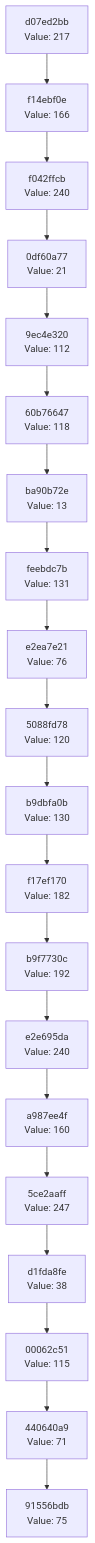
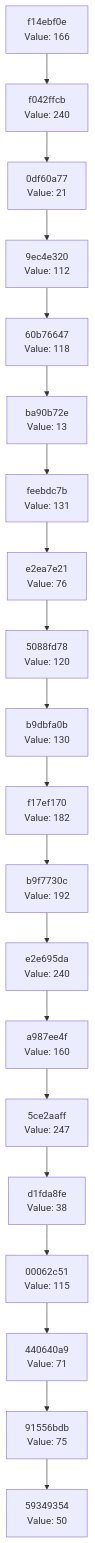
Before and after one commit to Abhisheksinha1506/hash-chain-evolver: the diagram in docs/CHAIN_VISUALIZATION.md, drawn with Mermaid. The commit also changed 3 other files, not shown here.

````diff
--- a/docs/CHAIN_VISUALIZATION.md
+++ b/docs/CHAIN_VISUALIZATION.md
@@ -3,42 +3,42 @@
 ```mermaid
 graph TD
-    C0["91556bdb<br/>Value: 75"]
-    C1["440640a9<br/>Value: 71"]
+    C0["59349354<br/>Value: 50"]
+    C1["91556bdb<br/>Value: 75"]
     C1 --> C0
-    C2["00062c51<br/>Value: 115"]
+    C2["440640a9<br/>Value: 71"]
     C2 --> C1
-    C3["d1fda8fe<br/>Value: 38"]
+    C3["00062c51<br/>Value: 115"]
     C3 --> C2
-    C4["5ce2aaff<br/>Value: 247"]
+    C4["d1fda8fe<br/>Value: 38"]
     C4 --> C3
-    C5["a987ee4f<br/>Value: 160"]
+    C5["5ce2aaff<br/>Value: 247"]
     C5 --> C4
-    C6["e2e695da<br/>Value: 240"]
+    C6["a987ee4f<br/>Value: 160"]
     C6 --> C5
-    C7["b9f7730c<br/>Value: 192"]
+    C7["e2e695da<br/>Value: 240"]
     C7 --> C6
-    C8["f17ef170<br/>Value: 182"]
+    C8["b9f7730c<br/>Value: 192"]
     C8 --> C7
-    C9["b9dbfa0b<br/>Value: 130"]
+    C9["f17ef170<br/>Value: 182"]
     C9 --> C8
-    C10["5088fd78<br/>Value: 120"]
+    C10["b9dbfa0b<br/>Value: 130"]
     C10 --> C9
-    C11["e2ea7e21<br/>Value: 76"]
+    C11["5088fd78<br/>Value: 120"]
     C11 --> C10
-    C12["feebdc7b<br/>Value: 131"]
+    C12["e2ea7e21<br/>Value: 76"]
     C12 --> C11
-    C13["ba90b72e<br/>Value: 13"]
+    C13["feebdc7b<br/>Value: 131"]
     C13 --> C12
-    C14["60b76647<br/>Value: 118"]
+    C14["ba90b72e<br/>Value: 13"]
     C14 --> C13
-    C15["9ec4e320<br/>Value: 112"]
+    C15["60b76647<br/>Value: 118"]
     C15 --> C14
-    C16["0df60a77<br/>Value: 21"]
+    C16["9ec4e320<br/>Value: 112"]
     C16 --> C15
-    C17["f042ffcb<br/>Value: 240"]
+    C17["0df60a77<br/>Value: 21"]
     C17 --> C16
-    C18["f14ebf0e<br/>Value: 166"]
+    C18["f042ffcb<br/>Value: 240"]
     C18 --> C17
-    C19["d07ed2bb<br/>Value: 217"]
+    C19["f14ebf0e<br/>Value: 166"]
     C19 --> C18
 ```
````
